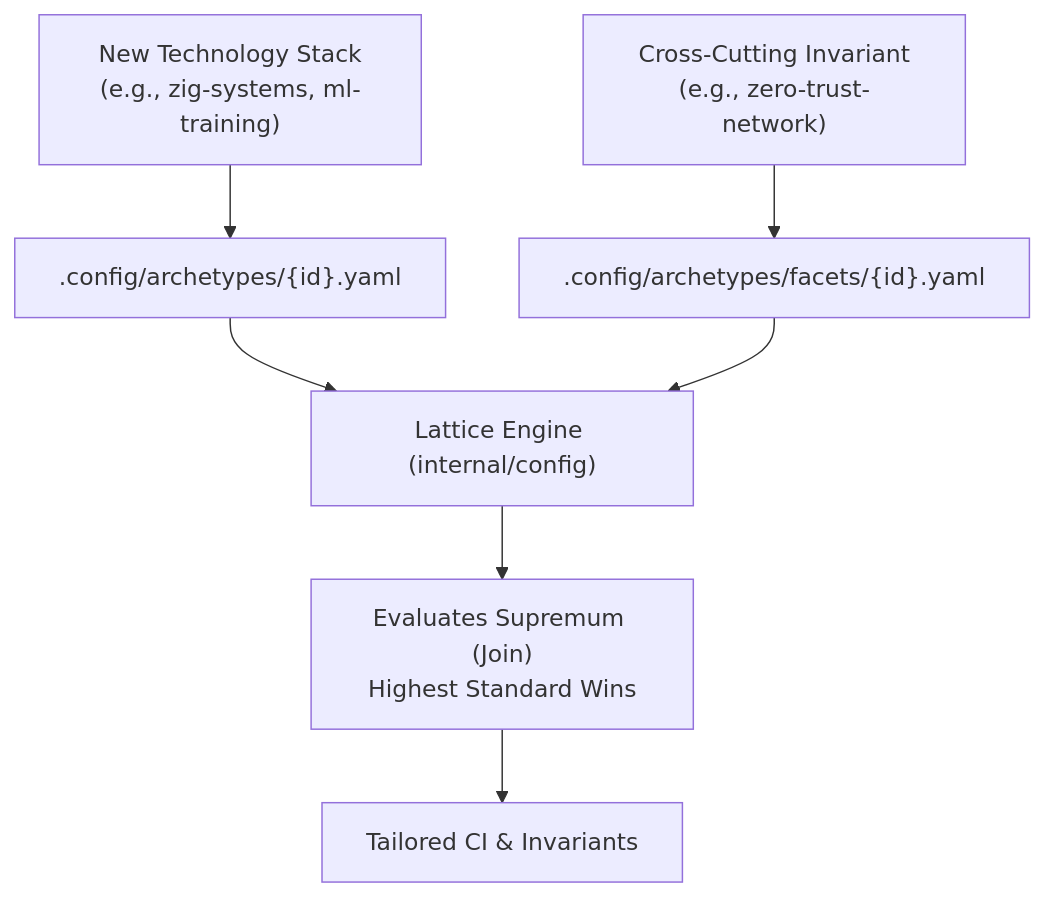
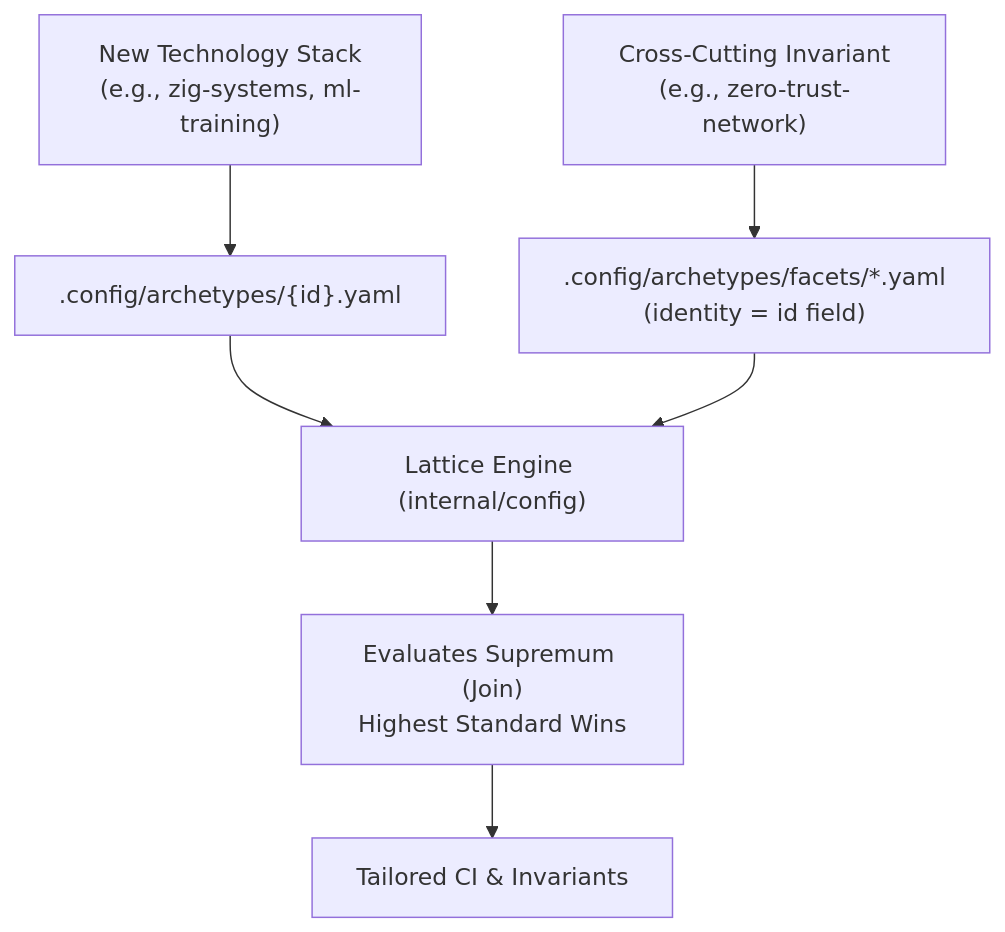
The diagram in docs/guides/archetype-authoring.md (cordanaLLM/praetor), drawn with Mermaid before and after one commit. The commit also changed other lines of this file and 50 other files, not shown here.

````diff
--- a/docs/guides/archetype-authoring.md
+++ b/docs/guides/archetype-authoring.md
@@ -5,9 +5,9 @@
 ```mermaid
 flowchart TD
     NEW["New Technology Stack\n(e.g., zig-systems, ml-training)"] --> PROFILE[".config/archetypes/{id}.yaml"]
-    CROSS["Cross-Cutting Invariant\n(e.g., zero-trust-network)"] --> FACET[".config/archetypes/facets/{id}.yaml"]
+    CROSS["Cross-Cutting Invariant\n(e.g., zero-trust-network)"] --> FACET[".config/archetypes/facets/*.yaml\n(identity = id field)"]
     
     PROFILE & FACET --> LATTICE["Lattice Engine (internal/config)"]
     LATTICE --> RESOLVE["Evaluates Supremum (Join)\nHighest Standard Wins"]
     RESOLVE --> CI["Tailored CI & Invariants"]
 ```
````
